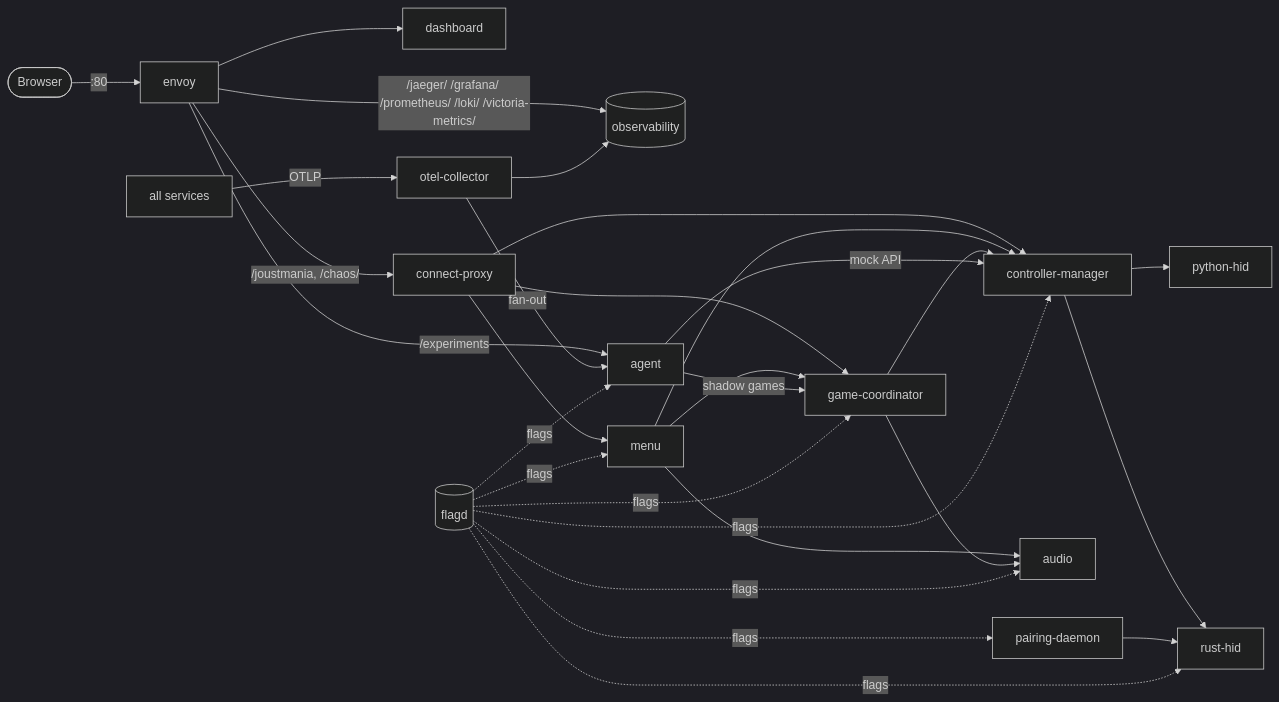
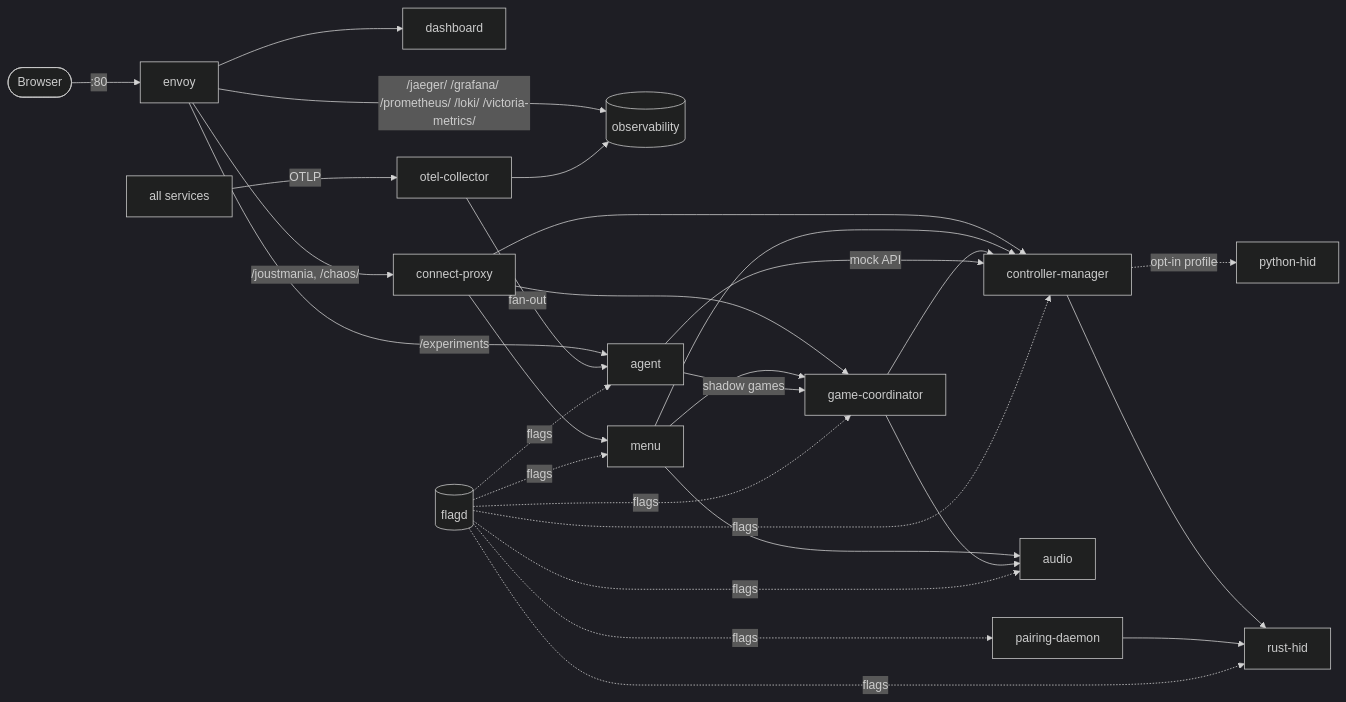
One commit to WatchMeJoustMyFlags/JoustMania changed the diagram in docs/specs/services.md. Above: the diagram before and after it, drawn with Mermaid (dark theme). The commit also changed other lines of this file and 11 other files, not shown here.

First line of the commit message:
docs(spec): rust-hid is the default Bluetooth backend; python-hid opt-in (#1371)

````diff
--- a/docs/specs/services.md
+++ b/docs/specs/services.md
@@ -9,25 +9,25 @@
 ```mermaid
 flowchart LR
     browser([Browser]) -->|":80"| envoy
     envoy --> dashboard
     envoy -->|/joustmania, /chaos/| cproxy[connect-proxy]
     envoy -->|/jaeger/ /grafana/ /prometheus/ /loki/ /victoria-metrics/| obs[(observability)]
     envoy -->|/experiments| agent
     cproxy --> cm[controller-manager]
     cproxy --> gc[game-coordinator]
     cproxy --> menu
     menu --> cm
     menu --> gc
     menu --> audio
     gc --> cm
     gc --> audio
-    cm --> phid[python-hid]
+    cm -. opt-in profile .-> phid[python-hid]
     cm --> rhid[rust-hid]
     pd[pairing-daemon] --> rhid
     agent -->|shadow games| gc
     agent -->|mock API| cm
     services_all[all services] -->|OTLP| otel[otel-collector]
     otel -->|fan-out| agent
     otel --> obs
     flagd[(flagd)] -.flags.-> cm & gc & menu & audio & pd & agent & rhid
 ```
````
